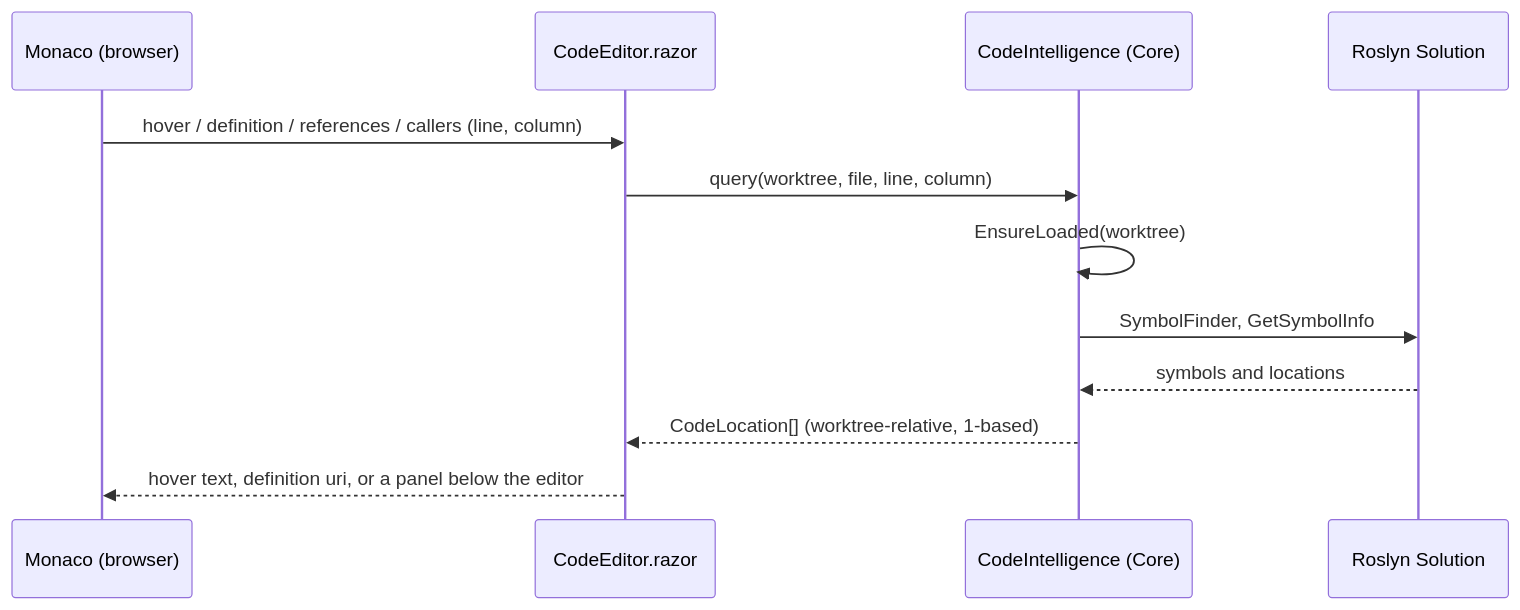
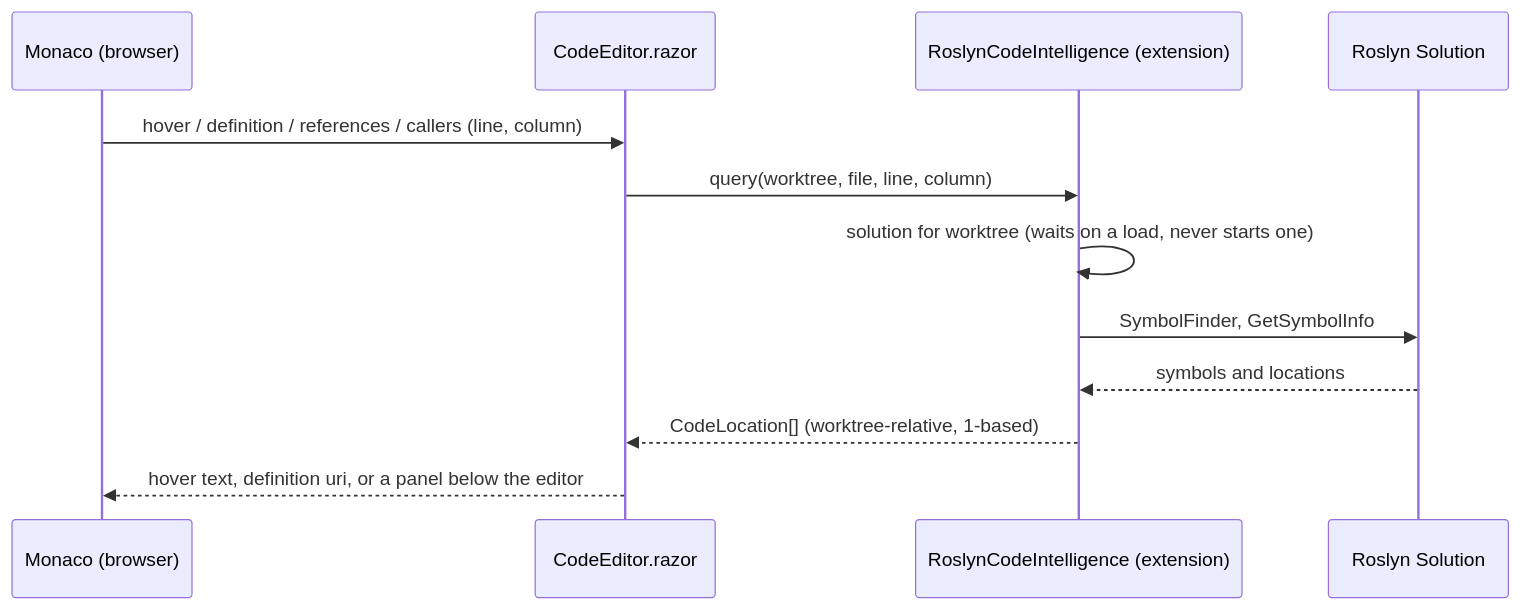
Before and after one commit to BradenTerry/Tog: the second of 3 diagrams in docs/code-intelligence.md, drawn with Mermaid. The commit also changed other lines of this file and 30 other files, not shown here.

First line of the commit message:
Move Roslyn into an extension and make it opt-in per worktree

````diff
--- a/docs/code-intelligence.md
+++ b/docs/code-intelligence.md
@@ -15,15 +38,15 @@
 ```mermaid
 sequenceDiagram
     participant M as Monaco (browser)
     participant E as CodeEditor.razor
-    participant C as CodeIntelligence (Core)
+    participant C as RoslynCodeIntelligence (extension)
     participant R as Roslyn Solution
 
     M->>E: hover / definition / references / callers (line, column)
     E->>C: query(worktree, file, line, column)
-    C->>C: EnsureLoaded(worktree)
+    C->>C: solution for worktree (waits on a load, never starts one)
     C->>R: SymbolFinder, GetSymbolInfo
     R-->>C: symbols and locations
     C-->>E: CodeLocation[] (worktree-relative, 1-based)
     E-->>M: hover text, definition uri, or a panel below the editor
 ```
````
